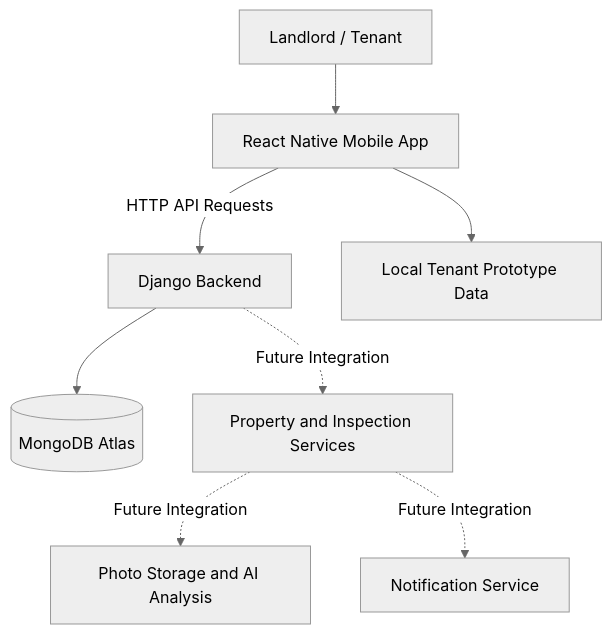
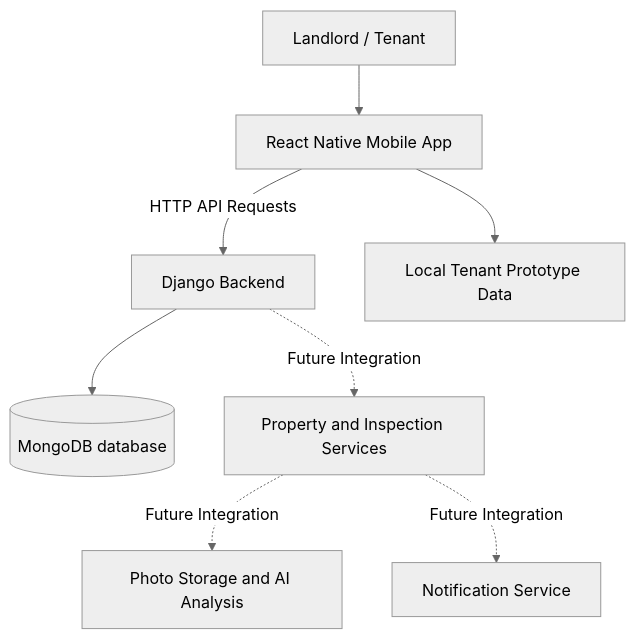
One commit to jaskaranbhogal/LeaseGuard changed the diagram in README.md. Above: the diagram before and after it, drawn with Mermaid (neutral theme). The commit also changed other lines of this file, not shown here.

Commit message:
docs: align README with merged MongoDB and Sprint 2 status

````diff
--- a/README.md
+++ b/README.md
@@ -309,10 +309,10 @@
 ```mermaid
 flowchart TD
     A[Landlord / Tenant] --> B[React Native Mobile App]
     B -->|HTTP API Requests| C[Django Backend]
-    C --> D[(MongoDB Atlas)]
+    C --> D[(MongoDB database)]
     B --> E[Local Tenant Prototype Data]
     C -. Future Integration .-> F[Property and Inspection Services]
     F -. Future Integration .-> G[Photo Storage and AI Analysis]
     F -. Future Integration .-> H[Notification Service]
 ```
````
